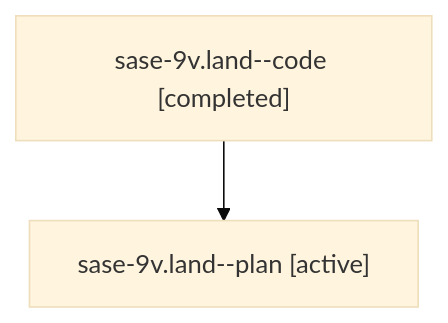
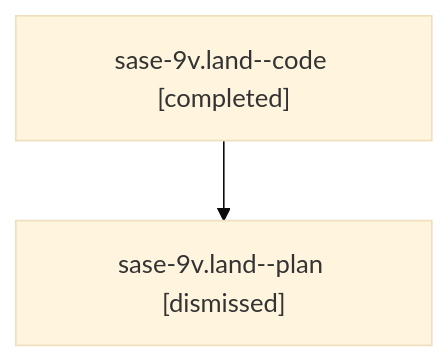
One commit to sase-org/sase--agents changed the diagram in sessions/bbugyi200.athena.sase-9v.land.md. Above: the diagram before and after it, drawn with Mermaid (base theme). The commit also changed other lines of this file and 111 other files, not shown here.

````diff
--- a/sessions/bbugyi200.athena.sase-9v.land.md
+++ b/sessions/bbugyi200.athena.sase-9v.land.md
@@ -9,6 +9,6 @@
 ```mermaid
 flowchart TD
   n0["sase-9v.land--code [completed]"]
-  n1["sase-9v.land--plan [active]"]
+  n1["sase-9v.land--plan [dismissed]"]
   n0 --> n1
 ```
````
